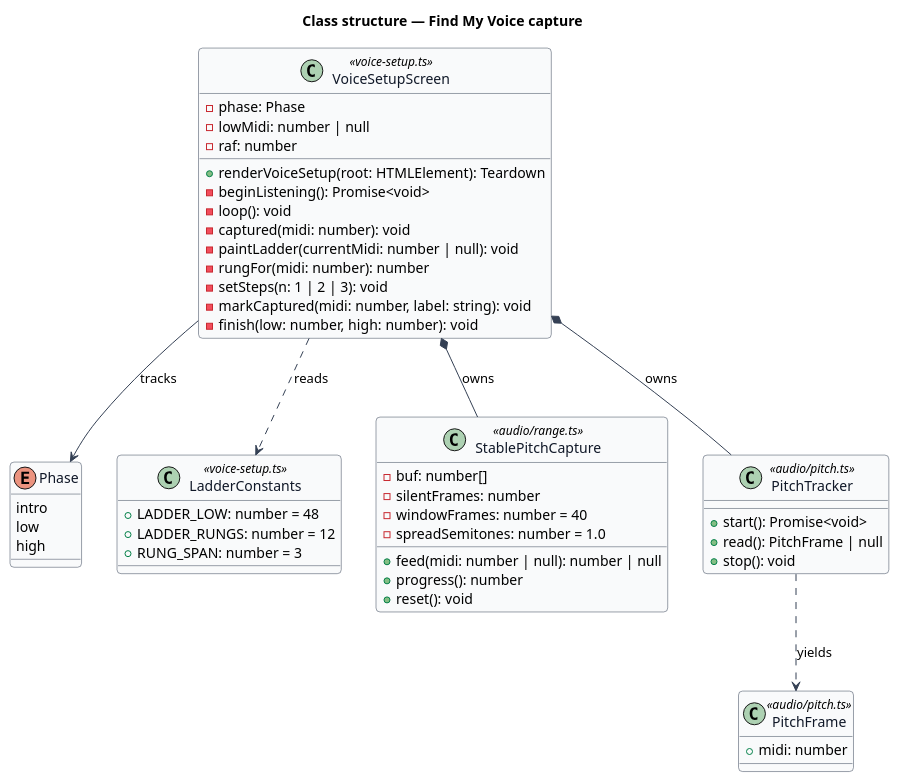
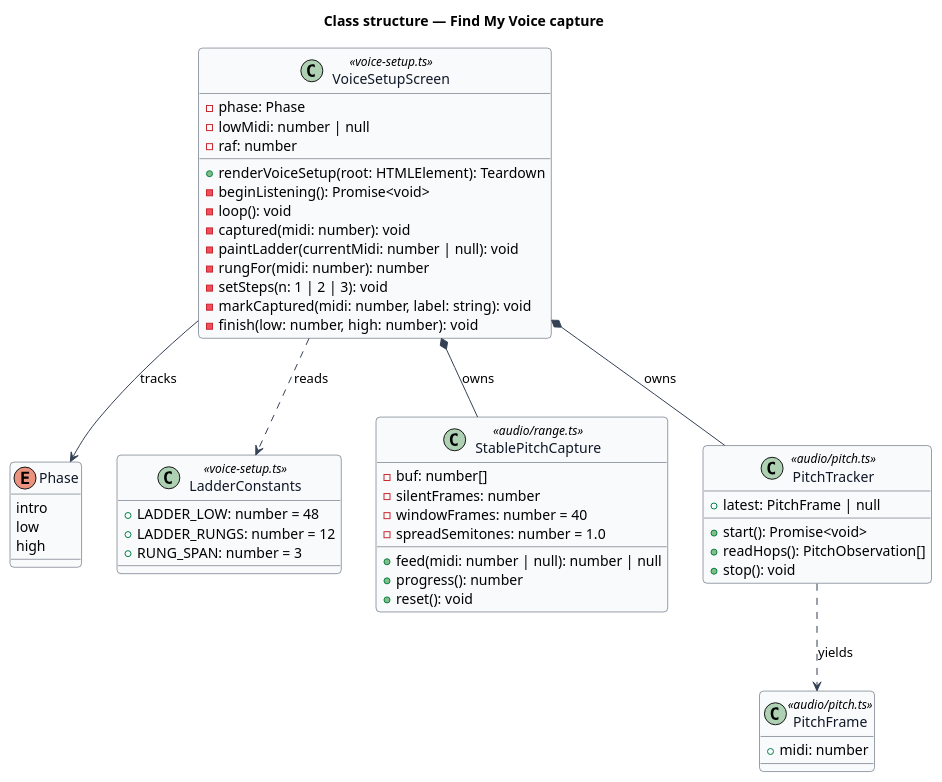
Before and after one commit to QuinntyneBrown/TwinkleTune: the diagram in docs/detailed-designs/voice-personalization/capture-vocal-range/diagrams/class-structure.puml, drawn with PlantUML. The commit also changed 8 other files, not shown here.

```diff
--- a/docs/detailed-designs/voice-personalization/capture-vocal-range/diagrams/class-structure.puml
+++ b/docs/detailed-designs/voice-personalization/capture-vocal-range/diagrams/class-structure.puml
@@ -1,68 +1,69 @@
 @startuml
 ' --- shared skin header ---
 skinparam backgroundColor #FFFFFF
 skinparam shadowing false
 skinparam roundcorner 8
 skinparam defaultFontName Arial
 skinparam ArrowColor #344054
 skinparam class {
   BorderColor #344054
   FontColor #101828
   BackgroundColor #F9FAFB
 }
 ' --------------------------
 title Class structure — Find My Voice capture
 
 enum Phase {
   intro
   low
   high
 }
 
 class VoiceSetupScreen <<voice-setup.ts>> {
   -phase: Phase
   -lowMidi: number | null
   -raf: number
   +renderVoiceSetup(root: HTMLElement): Teardown
   -beginListening(): Promise<void>
   -loop(): void
   -captured(midi: number): void
   -paintLadder(currentMidi: number | null): void
   -rungFor(midi: number): number
   -setSteps(n: 1 | 2 | 3): void
   -markCaptured(midi: number, label: string): void
   -finish(low: number, high: number): void
 }
 
 class LadderConstants <<voice-setup.ts>> {
   +LADDER_LOW: number = 48
   +LADDER_RUNGS: number = 12
   +RUNG_SPAN: number = 3
 }
 
 class StablePitchCapture <<audio/range.ts>> {
   -buf: number[]
   -silentFrames: number
   -windowFrames: number = 40
   -spreadSemitones: number = 1.0
   +feed(midi: number | null): number | null
   +progress(): number
   +reset(): void
 }
 
 class PitchTracker <<audio/pitch.ts>> {
   +start(): Promise<void>
-  +read(): PitchFrame | null
+  +latest: PitchFrame | null
+  +readHops(): PitchObservation[]
   +stop(): void
 }
 
 class PitchFrame <<audio/pitch.ts>> {
   +midi: number
 }
 
 VoiceSetupScreen --> Phase : tracks
 VoiceSetupScreen *-- StablePitchCapture : owns
 VoiceSetupScreen *-- PitchTracker : owns
 VoiceSetupScreen ..> LadderConstants : reads
 PitchTracker ..> PitchFrame : yields
 @enduml
```
